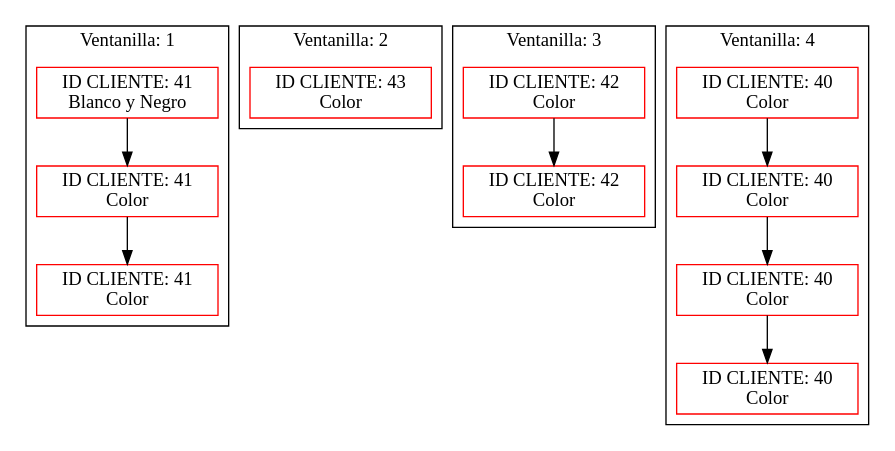
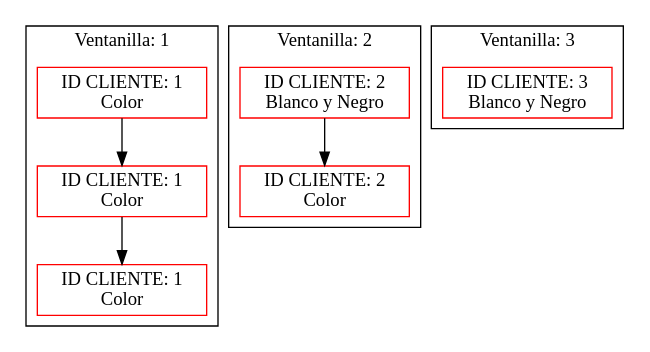
One commit to hugosmhd/EDD_UDRAWING_202002793 changed the diagram in pilaimg.dot. Above: the diagram before and after it, drawn with Graphviz. The commit also changed 20 other files, not shown here.

```diff
--- a/pilaimg.dot
+++ b/pilaimg.dot
@@ -1,39 +1,24 @@
 digraph G { 
 node[shape=box, color=red];
 subgraph cluster_1{ 
 label = " Ventanilla: 1";
-nodo21685669[label=" ID CLIENTE: 41
-Blanco y Negro"]
-nodo2133927002[label=" ID CLIENTE: 41
+nodo621009875[label=" ID CLIENTE: 1
 Color"]
-nodo1836019240[label=" ID CLIENTE: 41
+nodo1265094477[label=" ID CLIENTE: 1
 Color"]
-nodo21685669 -> nodo2133927002;
-nodo2133927002 -> nodo1836019240;
-}subgraph cluster_2{ 
-label = " Ventanilla: 2";
-nodo325040804[label=" ID CLIENTE: 43
-Color"]
-}subgraph cluster_3{ 
-label = " Ventanilla: 3";
-nodo1173230247[label=" ID CLIENTE: 42
-Color"]
-nodo856419764[label=" ID CLIENTE: 42
-Color"]
-nodo1173230247 -> nodo856419764;
-}subgraph cluster_4{ 
-label = " Ventanilla: 4";
-nodo621009875[label=" ID CLIENTE: 40
-Color"]
-nodo1265094477[label=" ID CLIENTE: 40
-Color"]
-nodo2125039532[label=" ID CLIENTE: 40
-Color"]
-nodo312714112[label=" ID CLIENTE: 40
+nodo2125039532[label=" ID CLIENTE: 1
 Color"]
 nodo621009875 -> nodo1265094477;
 nodo1265094477 -> nodo2125039532;
-nodo2125039532 -> nodo312714112;
-}subgraph cluster_5{ 
-label = " Ventanilla: 5";
+}subgraph cluster_2{ 
+label = " Ventanilla: 2";
+nodo312714112[label=" ID CLIENTE: 2
+Blanco y Negro"]
+nodo692404036[label=" ID CLIENTE: 2
+Color"]
+nodo312714112 -> nodo692404036;
+}subgraph cluster_3{ 
+label = " Ventanilla: 3";
+nodo1554874502[label=" ID CLIENTE: 3
+Blanco y Negro"]
 }} 
```
